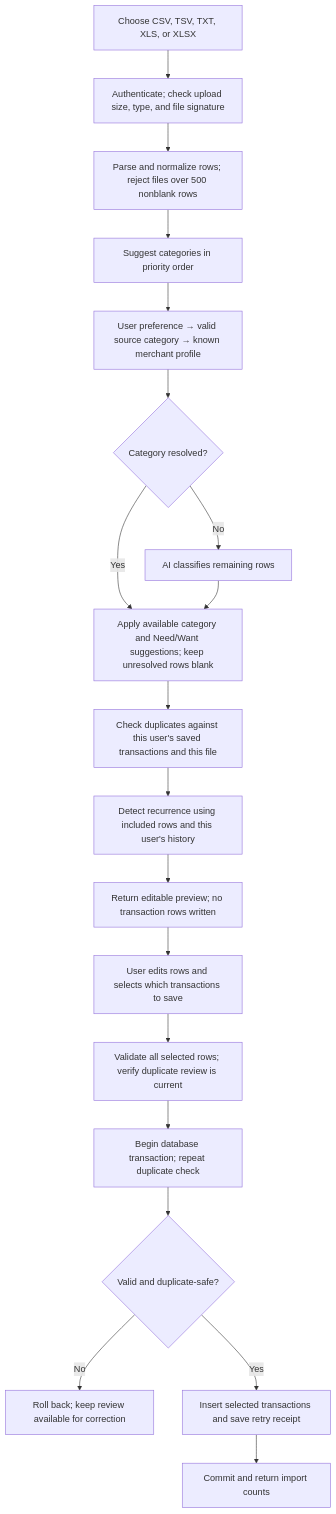
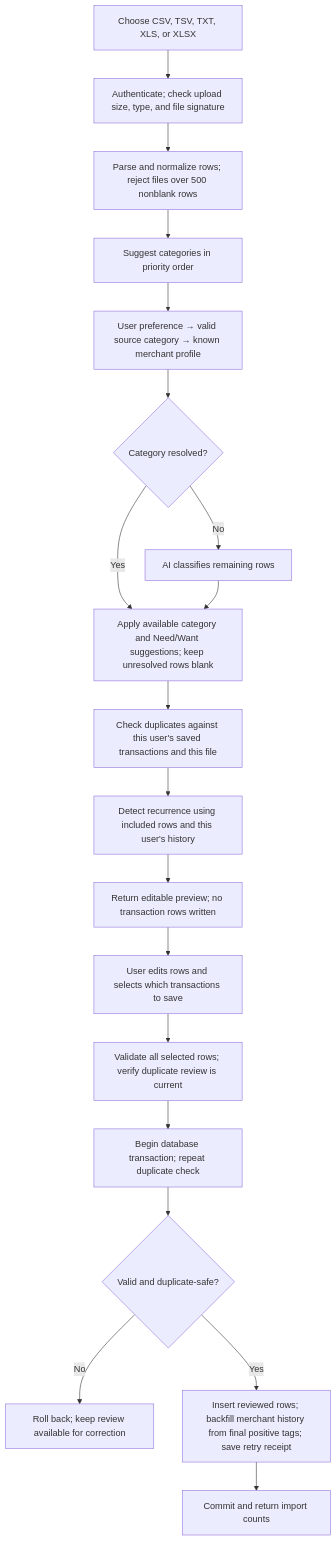
The first of 3 diagrams in docs/Transaction_ingestion_&_processing.md (kapiltayal/FinVision360), drawn with Mermaid before and after one commit. The commit also changed other lines of this file and 9 other files, not shown here.

````diff
--- a/docs/Transaction_ingestion_&_processing.md
+++ b/docs/Transaction_ingestion_&_processing.md
@@ -50,21 +50,21 @@
 ```mermaid
 flowchart TD
     A["Choose CSV, TSV, TXT, XLS, or XLSX"] --> B["Authenticate; check upload size, type, and file signature"]
     B --> C["Parse and normalize rows; reject files over 500 nonblank rows"]
     C --> D["Suggest categories in priority order"]
     D --> D1["User preference → valid source category → known merchant profile"]
     D1 --> E{"Category resolved?"}
     E -- "Yes" --> G["Apply available category and Need/Want suggestions; keep unresolved rows blank"]
     E -- "No" --> F["AI classifies remaining rows"]
     F --> G
     G --> H["Check duplicates against this user's saved transactions and this file"]
     H --> H1["Detect recurrence using included rows and this user's history"]
     H1 --> I["Return editable preview; no transaction rows written"]
     I --> J["User edits rows and selects which transactions to save"]
     J --> K["Validate all selected rows; verify duplicate review is current"]
     K --> L["Begin database transaction; repeat duplicate check"]
     L --> M{"Valid and duplicate-safe?"}
     M -- "No" --> N["Roll back; keep review available for correction"]
-    M -- "Yes" --> O["Insert selected transactions and save retry receipt"]
+    M -- "Yes" --> O["Insert reviewed rows; backfill merchant history from final positive tags; save retry receipt"]
     O --> P["Commit and return import counts"]
 ```
````
